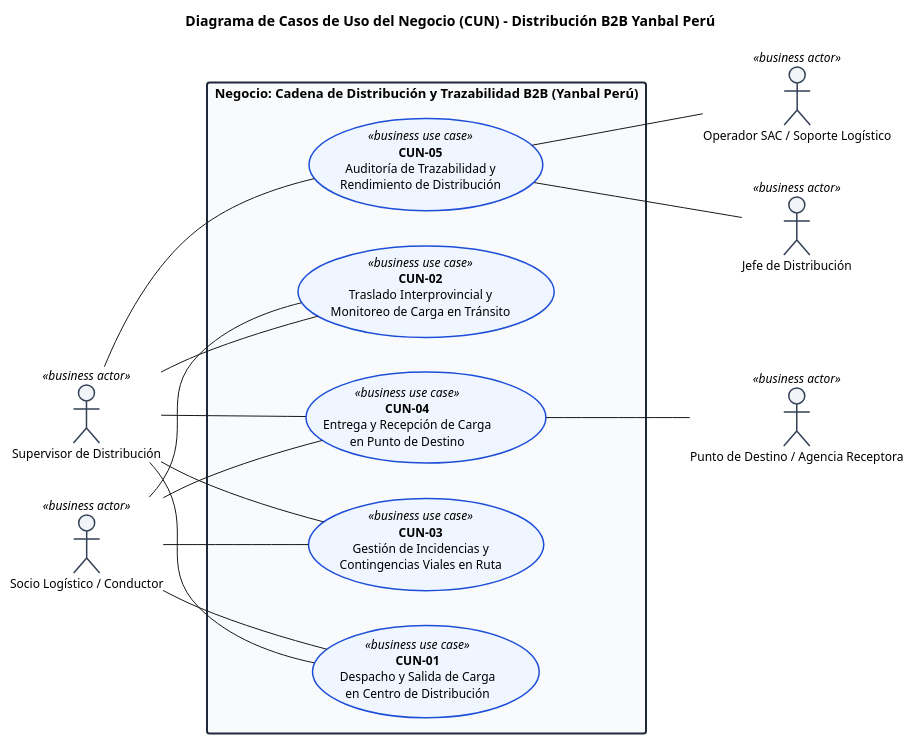
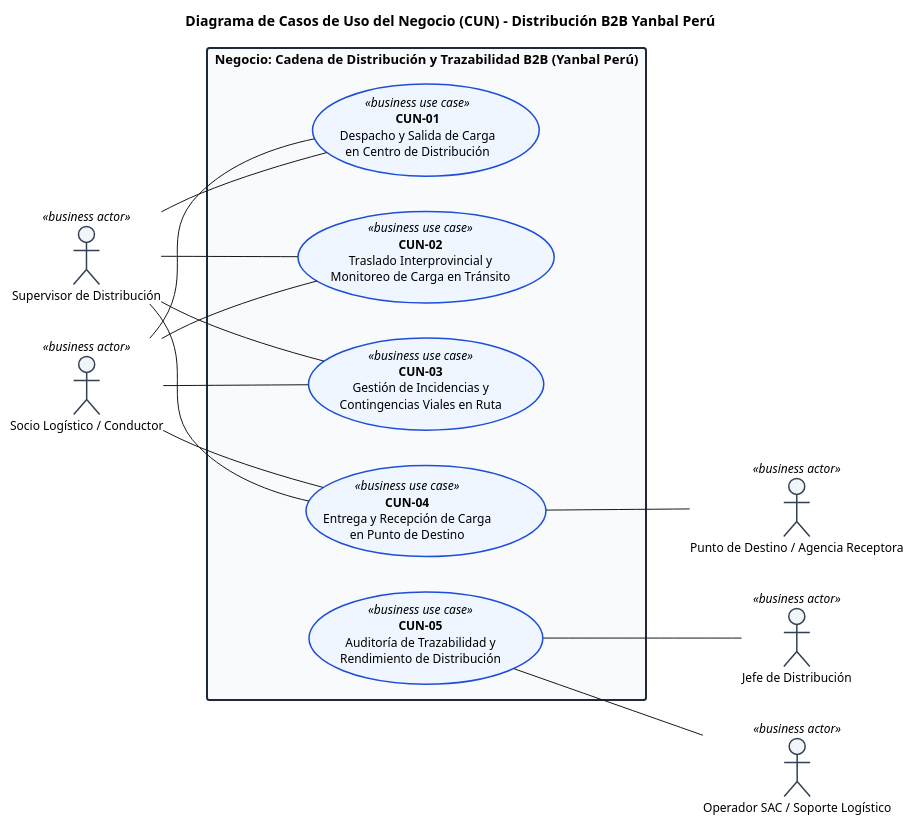
The second of 2 diagrams in Diagrama de Casos de Uso del Negocio (CUN)/diagrama.md (SaraviaH/arq-emp), drawn with PlantUML before and after one commit. The commit also changed other lines of this file and 32 other files, not shown here.

Commit message:
integracion de nuevos diagramas

```diff
--- a/Diagrama de Casos de Uso del Negocio (CUN)/diagrama.md
+++ b/Diagrama de Casos de Uso del Negocio (CUN)/diagrama.md
@@ -127,7 +130,6 @@
 SUP -- CUN02
 SUP -- CUN03
 SUP -- CUN04
-SUP -- CUN05
 
 ' Conexiones del Conductor / Socio Logístico
 SL -- CUN01
```
